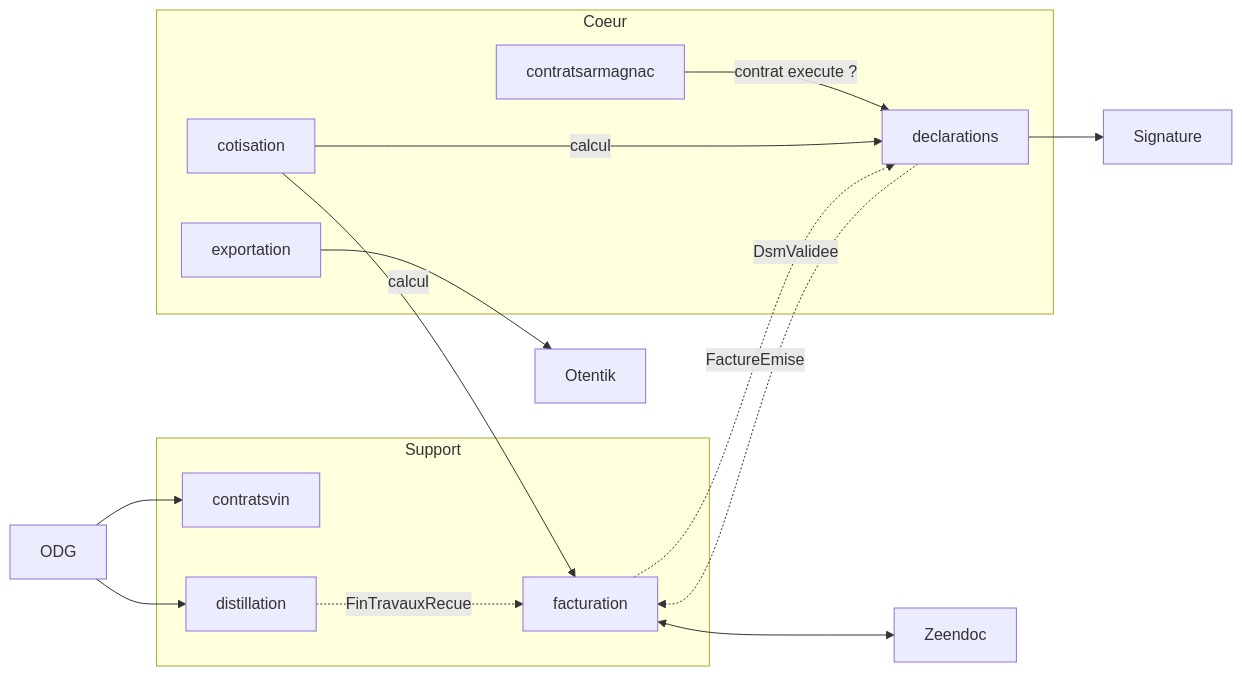
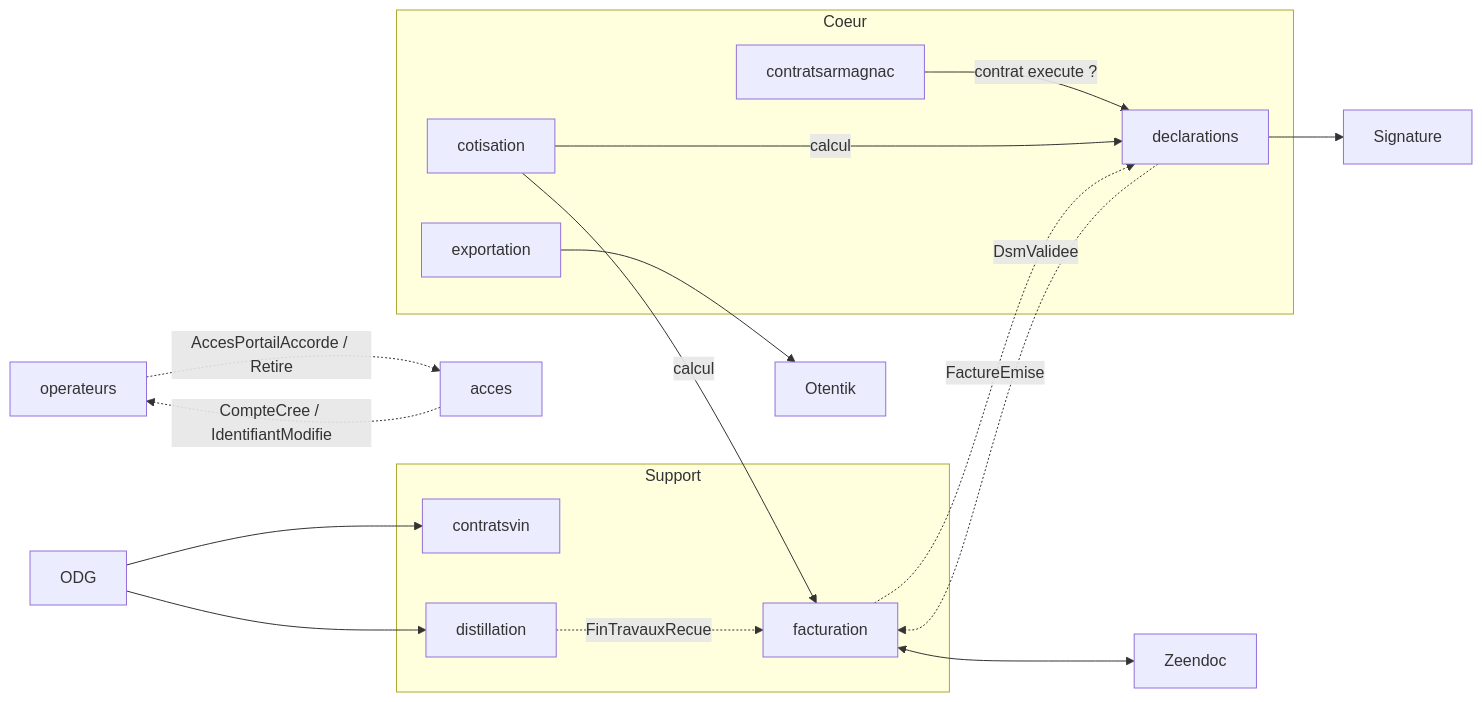
One commit to izidoor/demo-armagnac changed the diagram in docs/contextes.md. Above: the diagram before and after it, drawn with Mermaid. The commit also changed other lines of this file and 8 other files, not shown here.

````diff
--- a/docs/contextes.md
+++ b/docs/contextes.md
@@ -164,32 +179,37 @@
 ```mermaid
 flowchart LR
   ODG["ODG"]
   ZEE[Zeendoc]
   OTE[Otentik]
   SIG["Signature"]
+
+  OPE[operateurs]
+  ACC[acces]
+  OPE -.->|"AccesPortailAccorde / Retire"| ACC
+  ACC -.->|"CompteCree / IdentifiantModifie"| OPE
 
   subgraph Coeur
     DEC[declarations]
     COT[cotisation]
     EXP[exportation]
     CAR[contratsarmagnac]
   end
 
   subgraph Support
     FAC[facturation]
     CVI[contratsvin]
     DIS[distillation]
   end
 
   ODG --> CVI
   ODG --> DIS
   CAR -->|"contrat execute ?"| DEC
   COT -->|"calcul"| DEC
   COT -->|"calcul"| FAC
   DEC -.->|"DsmValidee"| FAC
   DIS -.->|"FinTravauxRecue"| FAC
   FAC -.->|"FactureEmise"| DEC
   FAC <--> ZEE
   DEC --> SIG
   EXP --> OTE
 ```
````
